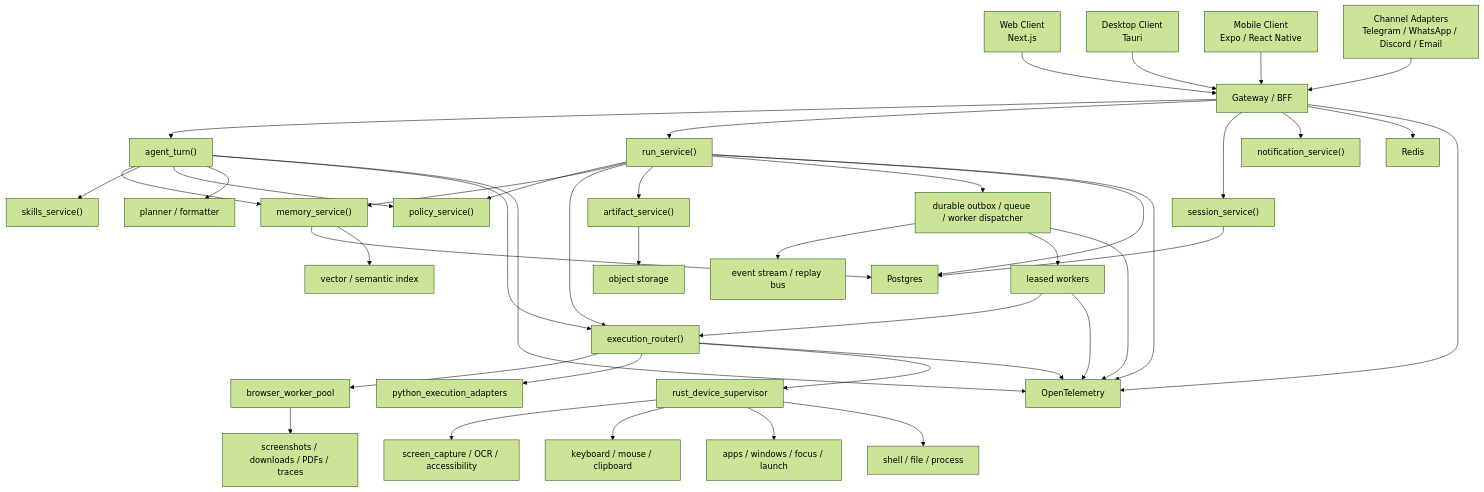
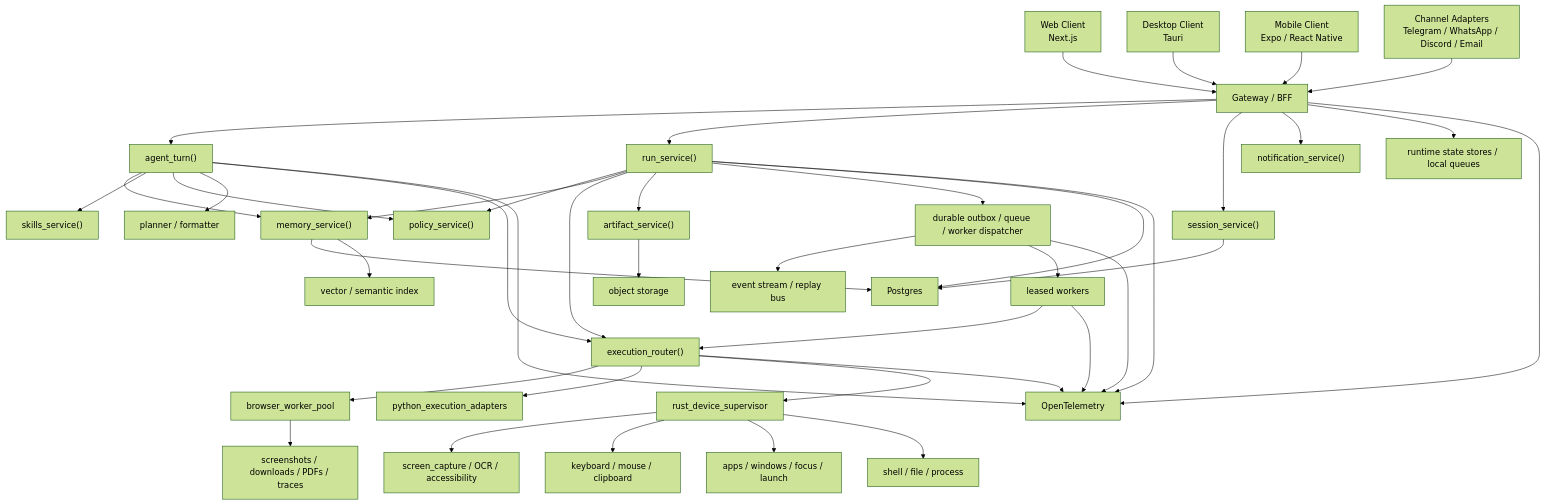
One commit to mansourMP/Multi_Agent_Orchestrator_Project changed the diagram in docs/EMPYRALIS_CANONICAL_ARCHITECTURE.md. Above: the diagram before and after it, drawn with Mermaid (forest theme). The commit also changed other lines of this file and 3 other files, not shown here.

Commit message:
B100.1: remove Redis from canonical architecture

````diff
--- a/docs/EMPYRALIS_CANONICAL_ARCHITECTURE.md
+++ b/docs/EMPYRALIS_CANONICAL_ARCHITECTURE.md
@@ -458,52 +459,52 @@
 ```mermaid
 flowchart TD
     Web["Web Client\nNext.js"] --> Gateway["Gateway / BFF"]
     Desktop["Desktop Client\nTauri"] --> Gateway
     Mobile["Mobile Client\nExpo / React Native"] --> Gateway
     Channels["Channel Adapters\nTelegram / WhatsApp / Discord / Email"] --> Gateway
 
     Gateway --> Turn["agent_turn()"]
     Gateway --> Runs["run_service()"]
     Gateway --> Sessions["session_service()"]
     Gateway --> Notify["notification_service()"]
 
     Turn --> Memory["memory_service()"]
     Turn --> Skills["skills_service()"]
     Turn --> Policy["policy_service()"]
     Turn --> Planner["planner / formatter"]
     Turn --> Exec["execution_router()"]
 
     Runs --> Policy
     Runs --> Memory
     Runs --> Exec
     Runs --> Artifacts["artifact_service()"]
     Runs --> Queue["durable outbox / queue / worker dispatcher"]
 
     Exec --> Browser["browser_worker_pool"]
     Exec --> PyCompat["python_execution_adapters"]
     Exec --> RustExec["rust_device_supervisor"]
 
     RustExec --> Screen["screen_capture / OCR / accessibility"]
     RustExec --> Input["keyboard / mouse / clipboard"]
     RustExec --> Apps["apps / windows / focus / launch"]
     RustExec --> Shell["shell / file / process"]
 
     Browser --> BrowserArtifacts["screenshots / downloads / PDFs / traces"]
 
     Memory --> Postgres["Postgres"]
     Memory --> Vector["vector / semantic index"]
     Runs --> Postgres
     Sessions --> Postgres
     Artifacts --> ObjectStore["object storage"]
-    Gateway --> Redis["Redis"]
+    Gateway --> RuntimeState["runtime state stores / local queues"]
     Queue --> EventBus["event stream / replay bus"]
     Queue --> Workers["leased workers"]
     Workers --> Exec
 
     Turn --> Trace["OpenTelemetry"]
     Runs --> Trace
     Exec --> Trace
     Gateway --> Trace
     Queue --> Trace
     Workers --> Trace
 ```
````
